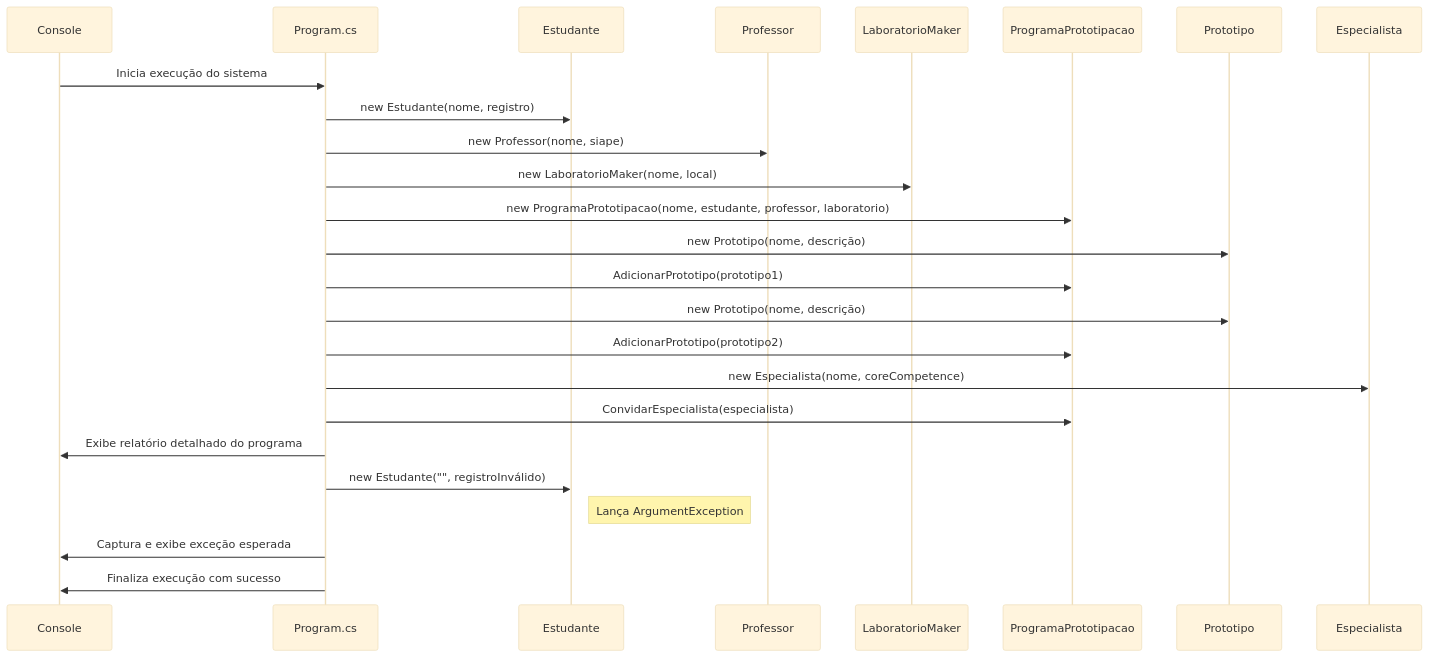
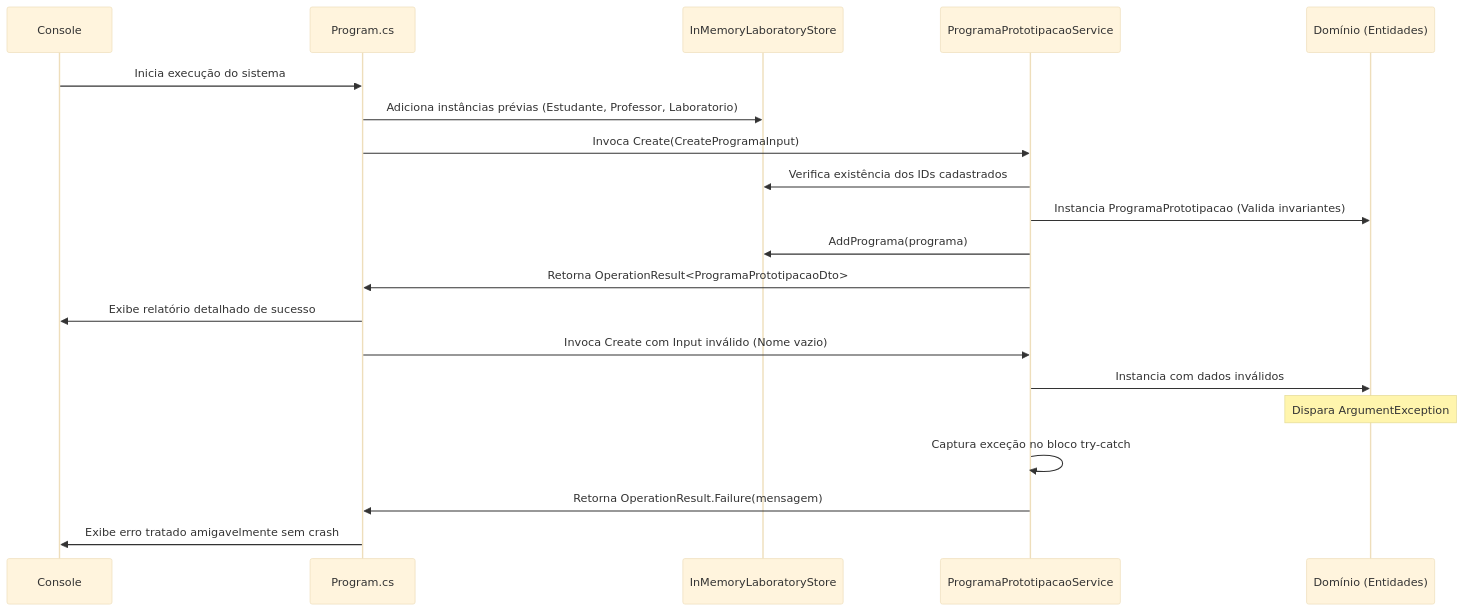
Before and after one commit to maisavk/SistemaLaboratorioAcademico: the second of 2 diagrams in README.md, drawn with Mermaid (base theme). The commit also changed other lines of this file and 12 other files, not shown here.

````diff
--- a/README.md
+++ b/README.md
@@ -51,28 +63,23 @@
 ```mermaid
 sequenceDiagram
     participant Console as Console
     participant Main as Program.cs
-    participant Estudante as Estudante
-    participant Professor as Professor
-    participant Laboratorio as LaboratorioMaker
-    participant Programa as ProgramaPrototipacao
-    participant Prototipo as Prototipo
-    participant Especialista as Especialista
+    participant Store as InMemoryLaboratoryStore
+    participant Service as ProgramaPrototipacaoService
+    participant Domínio as Domínio (Entidades)
 
     Console->>Main: Inicia execução do sistema
-    Main->>Estudante: new Estudante(nome, registro)
-    Main->>Professor: new Professor(nome, siape)
-    Main->>Laboratorio: new LaboratorioMaker(nome, local)
-    Main->>Programa: new ProgramaPrototipacao(nome, estudante, professor, laboratorio)
-    Main->>Prototipo: new Prototipo(nome, descrição)
-    Main->>Programa: AdicionarPrototipo(prototipo1)
-    Main->>Prototipo: new Prototipo(nome, descrição)
-    Main->>Programa: AdicionarPrototipo(prototipo2)
-    Main->>Especialista: new Especialista(nome, coreCompetence)
-    Main->>Programa: ConvidarEspecialista(especialista)
-    Main->>Console: Exibe relatório detalhado do programa
-    Main->>Estudante: new Estudante("", registroInválido)
-    Note right of Estudante: Lança ArgumentException
-    Main->>Console: Captura e exibe exceção esperada
-    Main->>Console: Finaliza execução com sucesso
+    Main->>Store: Adiciona instâncias prévias (Estudante, Professor, Laboratorio)
+    Main->>Service: Invoca Create(CreateProgramaInput)
+    Service->>Store: Verifica existência dos IDs cadastrados
+    Service->>Domínio: Instancia ProgramaPrototipacao (Valida invariantes)
+    Service->>Store: AddPrograma(programa)
+    Service->>Main: Retorna OperationResult<ProgramaPrototipacaoDto>
+    Main->>Console: Exibe relatório detalhado de sucesso
+    Main->>Service: Invoca Create com Input inválido (Nome vazio)
+    Service->>Domínio: Instancia com dados inválidos
+    Note over Domínio: Dispara ArgumentException
+    Service->>Service: Captura exceção no bloco try-catch
+    Service->>Main: Retorna OperationResult.Failure(mensagem)
+    Main->>Console: Exibe erro tratado amigavelmente sem crash
 ```
````
